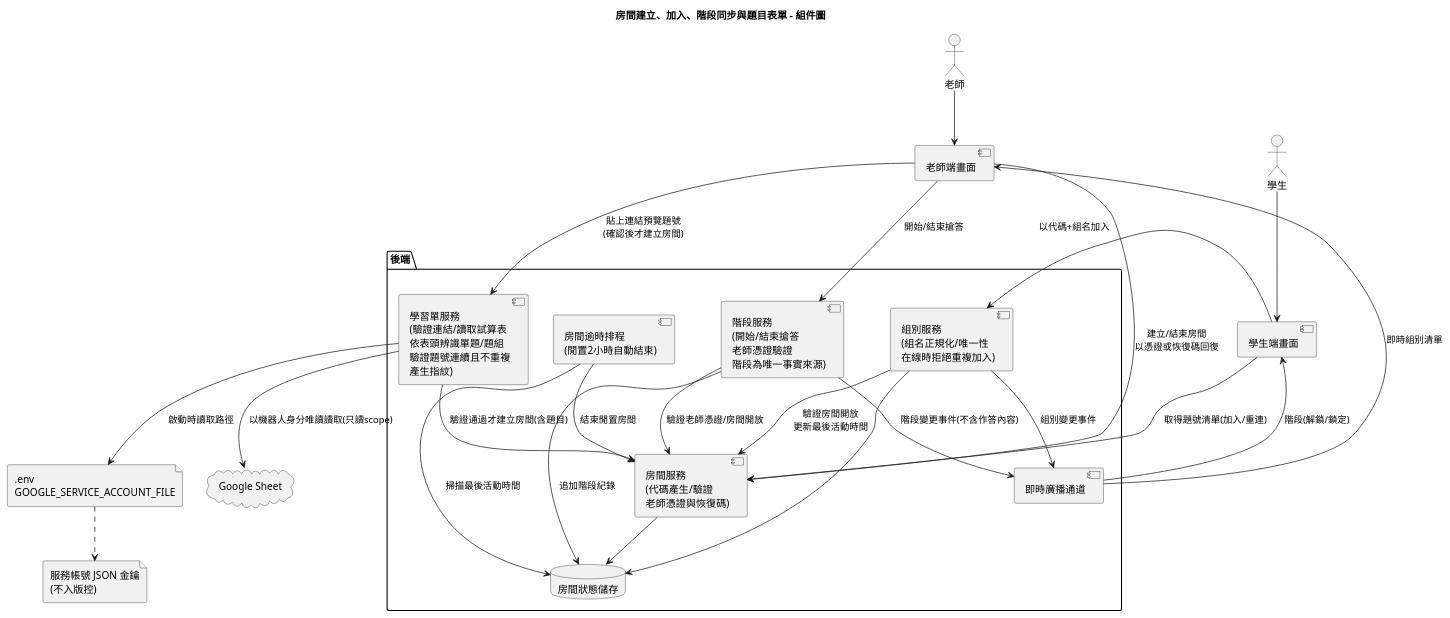
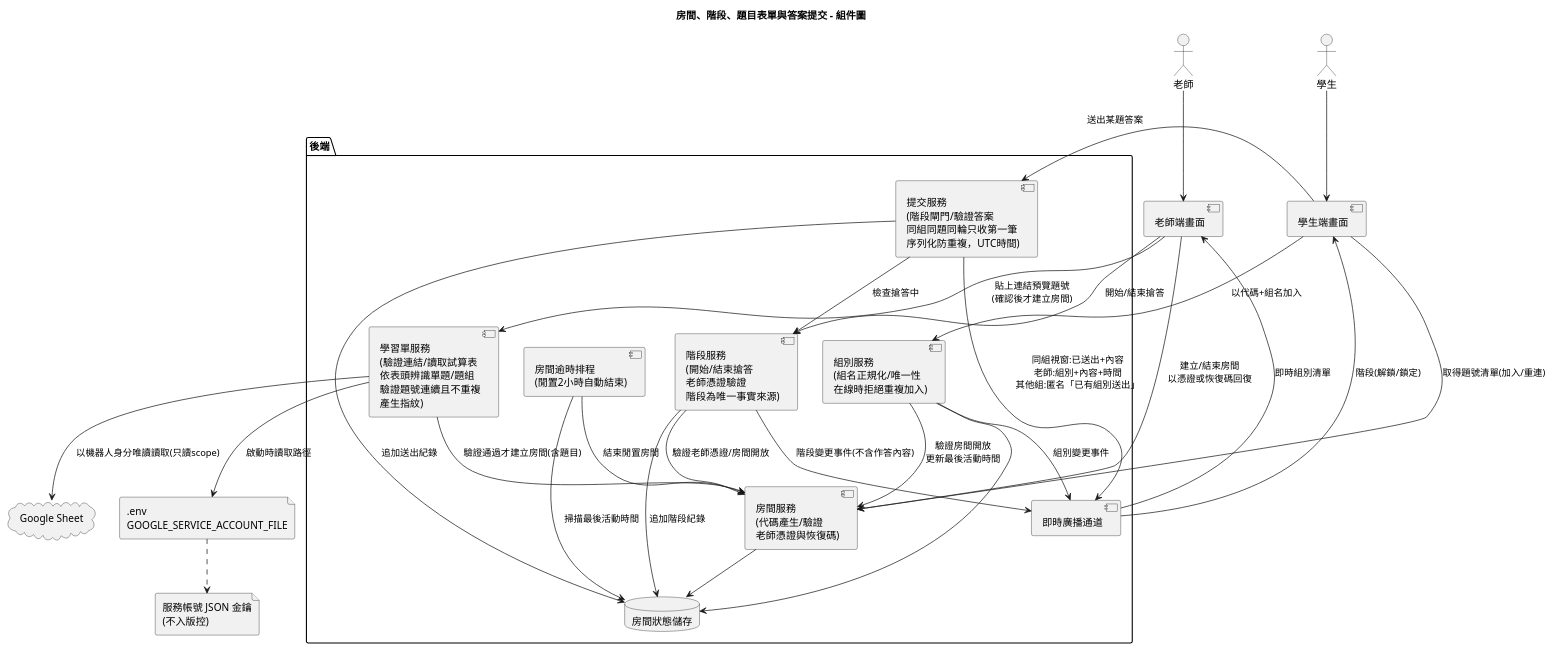
Before and after one commit to lin900822/ncu-se-final: the diagram in diagrams/component.puml, drawn with PlantUML. The commit also changed 31 other files, not shown here.

```diff
--- a/diagrams/component.puml
+++ b/diagrams/component.puml
@@ -1,41 +1,46 @@
 @startuml component
-title 房間建立、加入、階段同步與題目表單 - 組件圖
+title 房間、階段、題目表單與答案提交 - 組件圖
 actor 老師
 actor 學生
 component "老師端畫面" as TUI
 component "學生端畫面" as SUI
 package "後端" {
   component "房間服務\n(代碼產生/驗證\n老師憑證與恢復碼)" as RoomSvc
   component "組別服務\n(組名正規化/唯一性\n在線時拒絕重複加入)" as GroupSvc
   component "學習單服務\n(驗證連結/讀取試算表\n依表頭辨識單題/題組\n驗證題號連續且不重複\n產生指紋)" as SheetSvc
+  component "提交服務\n(階段閘門/驗證答案\n同組同題同輪只收第一筆\n序列化防重複，UTC時間)" as SubmitSvc
   component "階段服務\n(開始/結束搶答\n老師憑證驗證\n階段為唯一事實來源)" as PhaseSvc
   component "房間逾時排程\n(閒置2小時自動結束)" as Expiry
   component "即時廣播通道" as Realtime
   database "房間狀態儲存" as Store
 }
 file ".env\nGOOGLE_SERVICE_ACCOUNT_FILE" as Env
 file "服務帳號 JSON 金鑰\n(不入版控)" as Key
 cloud "Google Sheet" as Sheets
 老師 --> TUI
 學生 --> SUI
 TUI --> SheetSvc : 貼上連結預覽題號\n(確認後才建立房間)
 SheetSvc --> RoomSvc : 驗證通過才建立房間(含題目)
 SheetSvc --> Env : 啟動時讀取路徑
 Env ..> Key
 SheetSvc --> Sheets : 以機器人身分唯讀讀取(只讀scope)
 SUI --> RoomSvc : 取得題號清單(加入/重連)
+SUI --> SubmitSvc : 送出某題答案
+SubmitSvc --> PhaseSvc : 檢查搶答中
+SubmitSvc --> Store : 追加送出紀錄
+SubmitSvc --> Realtime : 同組視窗:已送出+內容\n老師:組別+內容+時間\n其他組:匿名「已有組別送出」
 TUI --> PhaseSvc : 開始/結束搶答
 PhaseSvc --> RoomSvc : 驗證老師憑證/房間開放
 PhaseSvc --> Store : 追加階段紀錄
 PhaseSvc --> Realtime : 階段變更事件(不含作答內容)
 Realtime --> SUI : 階段(解鎖/鎖定)
 TUI --> RoomSvc : 建立/結束房間\n以憑證或恢復碼回復
 SUI --> GroupSvc : 以代碼+組名加入
 GroupSvc --> RoomSvc : 驗證房間開放\n更新最後活動時間
 RoomSvc --> Store
 GroupSvc --> Store
 Expiry --> RoomSvc : 結束閒置房間
 Expiry --> Store : 掃描最後活動時間
 GroupSvc --> Realtime : 組別變更事件
 Realtime --> TUI : 即時組別清單
 @enduml
```
